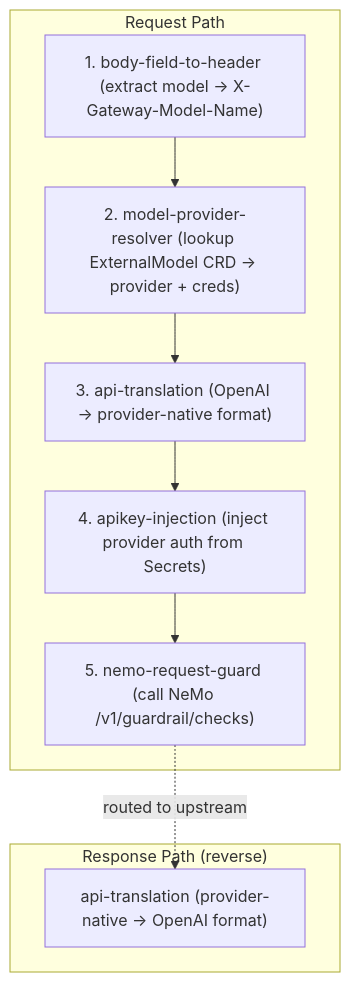
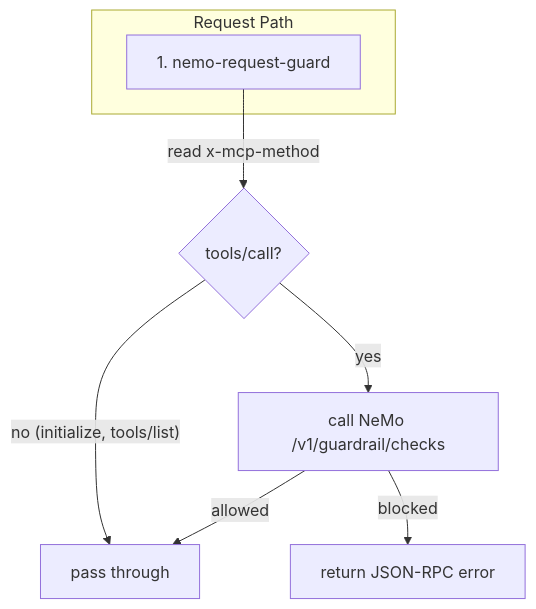
One commit to christinaexyou/mcp-gateway-guardrails changed the second of 2 diagrams in README.md. Above: the diagram before and after it, drawn with Mermaid. The commit also changed other lines of this file and 1 other file, not shown here.

Commit message:
Reorder Envoy filter chain

````diff
--- a/README.md
+++ b/README.md
@@ -46,17 +47,12 @@
 ```mermaid
 flowchart TD
     subgraph request ["Request Path"]
-        P1["1. body-field-to-header (extract model -> X-Gateway-Model-Name)"]
-        P2["2. model-provider-resolver (lookup ExternalModel CRD -> provider + creds)"]
-        P3["3. api-translation (OpenAI -> provider-native format)"]
-        P4["4. apikey-injection (inject provider auth from Secrets)"]
-        P5["5. nemo-request-guard (call NeMo /v1/guardrail/checks)"]
-        P1 --> P2 --> P3 --> P4 --> P5
+        P1["1. nemo-request-guard"]
     end
 
-    subgraph response ["Response Path (reverse)"]
-        R1["api-translation (provider-native -> OpenAI format)"]
-    end
-
-    P5 -.->|"routed to upstream"| R1
+    P1 -->|"read x-mcp-method"| CheckMethod{"tools/call?"}
+    CheckMethod -->|"no (initialize, tools/list)"| PassThrough["pass through"]
+    CheckMethod -->|"yes"| CallNeMo["call NeMo /v1/guardrail/checks"]
+    CallNeMo -->|"allowed"| PassThrough
+    CallNeMo -->|"blocked"| Block["return JSON-RPC error"]
 ```
````
